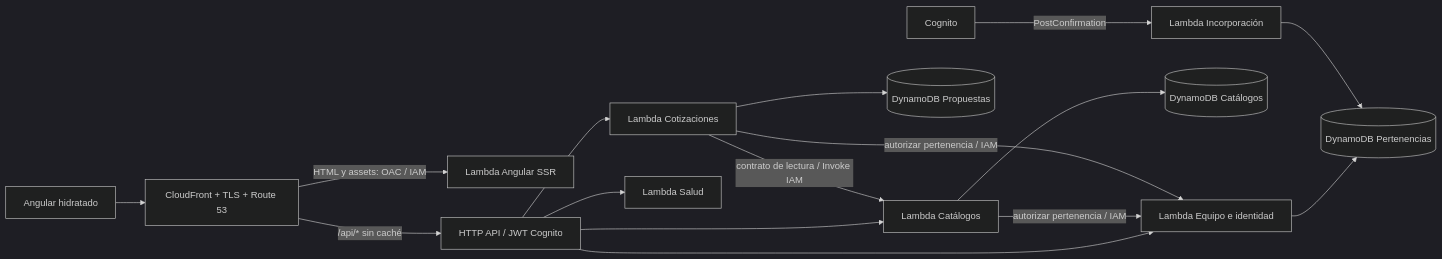
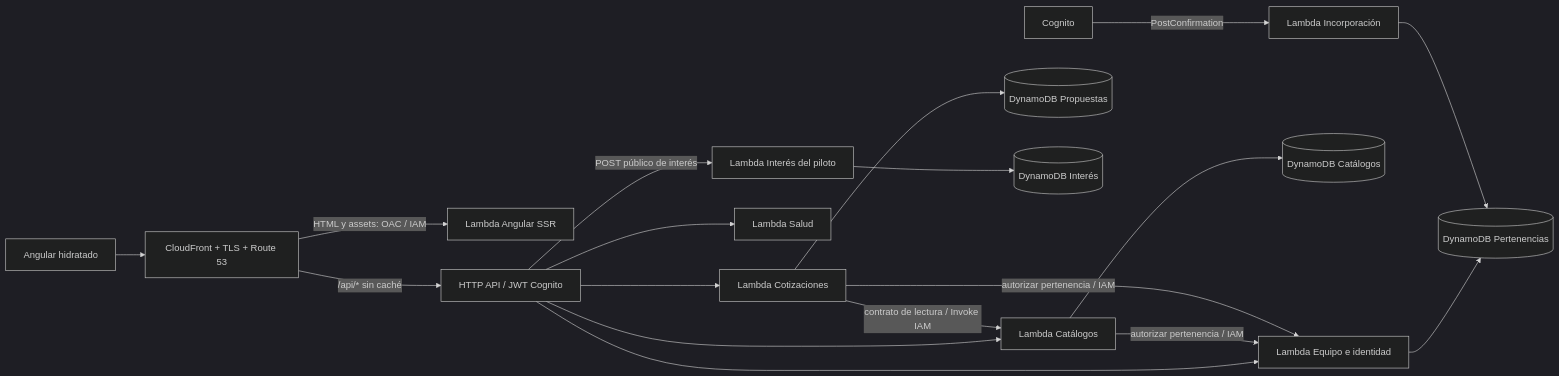
The diagram in docs/architecture/ARCHITECTURE.md (LynxPardelle/cotizador-de-catalogo), drawn with Mermaid (dark theme) before and after one commit. The commit also changed other lines of this file and 31 other files, not shown here.

Commit message:
feat: preparar convocatoria y recibir interés del piloto

````diff
--- a/docs/architecture/ARCHITECTURE.md
+++ b/docs/architecture/ARCHITECTURE.md
@@ -7,18 +9,20 @@
 ```mermaid
 flowchart LR
   Browser[Angular hidratado] --> CDN[CloudFront + TLS + Route 53]
   CDN -->|HTML y assets: OAC / IAM| Web[Lambda Angular SSR]
   CDN -->|/api/* sin caché| API[HTTP API / JWT Cognito]
   API --> Catalog[Lambda Catálogos]
   API --> Quote[Lambda Cotizaciones]
   API --> Health[Lambda Salud]
   API --> Team[Lambda Equipo e identidad]
+  API -->|POST público de interés| Interest[Lambda Interés del piloto]
   Catalog --> CDB[(DynamoDB Catálogos)]
   Quote --> QDB[(DynamoDB Propuestas)]
   Team --> MDB[(DynamoDB Pertenencias)]
+  Interest --> IDB[(DynamoDB Interés)]
   Catalog -->|autorizar pertenencia / IAM| Team
   Quote -->|autorizar pertenencia / IAM| Team
   Quote -->|contrato de lectura / Invoke IAM| Catalog
   Cognito[Cognito] -->|PostConfirmation| Onboard[Lambda Incorporación]
   Onboard --> MDB
 ```
````
